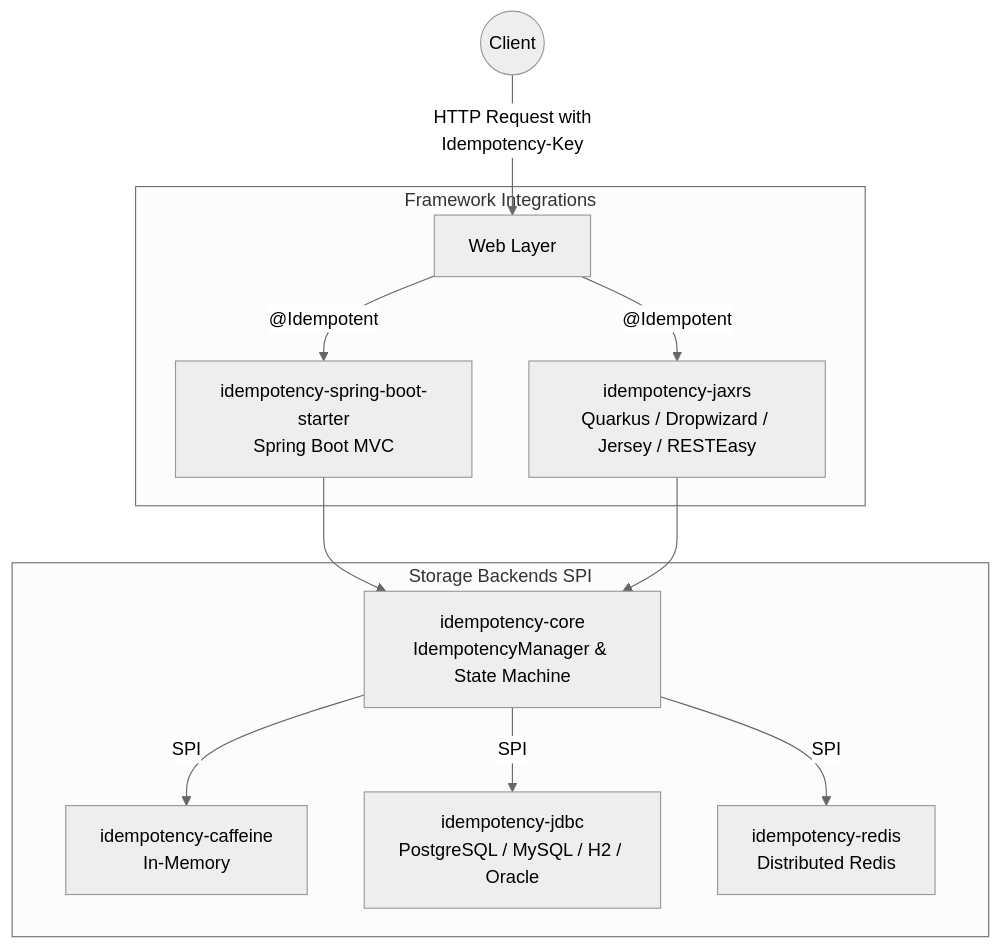
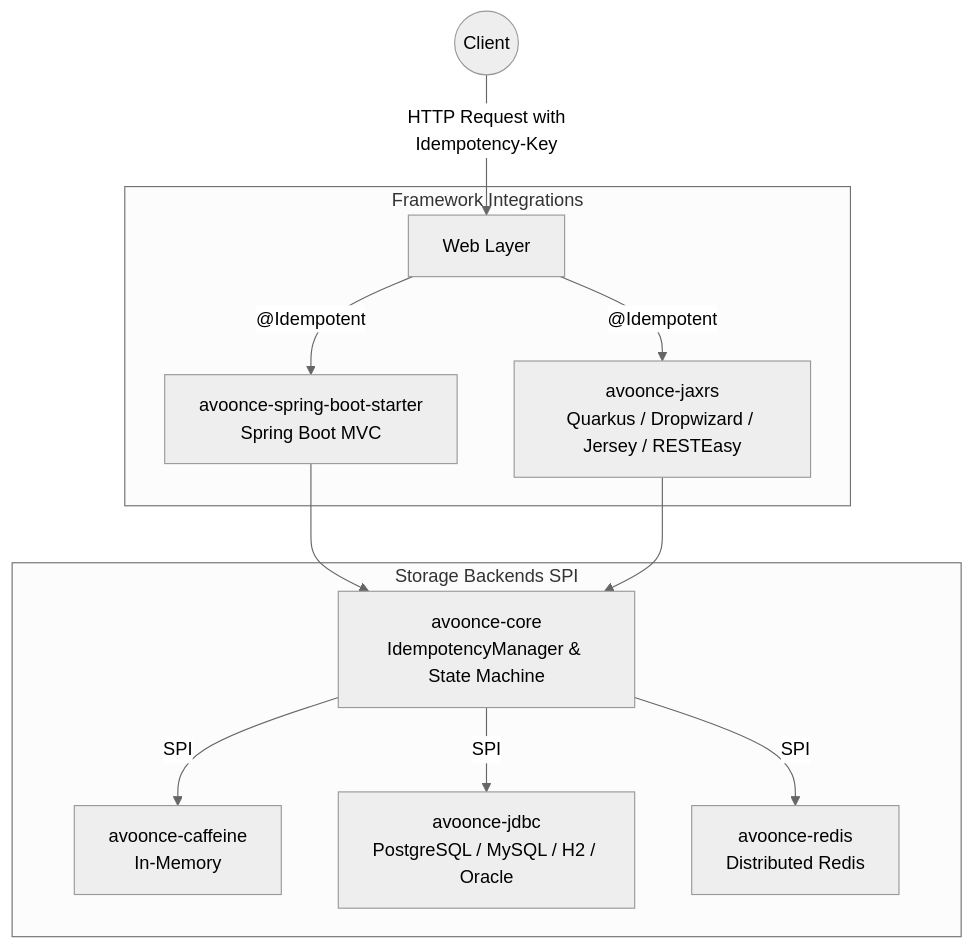
The diagram in README.md (ravocode/AvoOnce), drawn with Mermaid (neutral theme) before and after one commit. The commit also changed other lines of this file and 73 other files, not shown here.

````diff
--- a/README.md
+++ b/README.md
@@ -35,18 +35,18 @@
 ```mermaid
 graph TD
     Client((Client)) -->|"HTTP Request with<br/>Idempotency-Key"| Web[Web Layer]
     
     subgraph Framework Integrations
-        Web -->|"@Idempotent"| SB[idempotency-spring-boot-starter<br/>Spring Boot MVC]
-        Web -->|"@Idempotent"| JAX[idempotency-jaxrs<br/>Quarkus / Dropwizard / Jersey / RESTEasy]
+        Web -->|"@Idempotent"| SB[avoonce-spring-boot-starter<br/>Spring Boot MVC]
+        Web -->|"@Idempotent"| JAX[avoonce-jaxrs<br/>Quarkus / Dropwizard / Jersey / RESTEasy]
     end
     
-    SB --> Core[idempotency-core<br/>IdempotencyManager & State Machine]
+    SB --> Core[avoonce-core<br/>IdempotencyManager & State Machine]
     JAX --> Core
     
     subgraph Storage Backends SPI
-        Core -->|SPI| Caff[idempotency-caffeine<br/>In-Memory]
-        Core -->|SPI| JDBC[idempotency-jdbc<br/>PostgreSQL / MySQL / H2 / Oracle]
-        Core -->|SPI| Red[idempotency-redis<br/>Distributed Redis]
+        Core -->|SPI| Caff[avoonce-caffeine<br/>In-Memory]
+        Core -->|SPI| JDBC[avoonce-jdbc<br/>PostgreSQL / MySQL / H2 / Oracle]
+        Core -->|SPI| Red[avoonce-redis<br/>Distributed Redis]
     end
 ```
````
